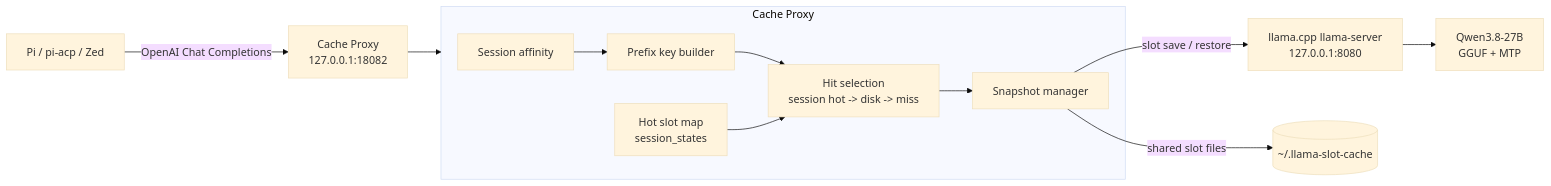
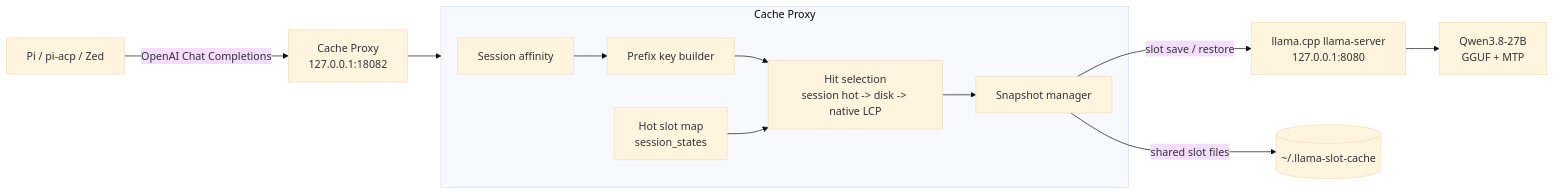
The first of 8 diagrams in DESIGN.md (xqliu/local-llm-kv-cache), drawn with Mermaid (base theme) before and after one commit. The commit also changed other lines of this file and 5 other files, not shown here.

```diff
--- a/DESIGN.md
+++ b/DESIGN.md
@@ -24,20 +28,20 @@
 ~~~mermaid
 flowchart LR
     C["Pi / pi-acp / Zed"] -->|OpenAI Chat Completions| P["Cache Proxy<br/>127.0.0.1:18082"]
 
     subgraph CACHE["Cache Proxy"]
         A["Session affinity"]
         K["Prefix key builder"]
         H["Hot slot map<br/>session_states"]
-        R["Hit selection<br/>session hot -> disk -> miss"]
+        R["Hit selection<br/>session hot -> disk -> native LCP"]
         S["Snapshot manager"]
         A --> K --> R
         H --> R
         R --> S
     end
 
     P --> CACHE
     S -->|slot save / restore| L["llama.cpp llama-server<br/>127.0.0.1:8080"]
     S -->|shared slot files| D[("~/.llama-slot-cache")]
     L --> G["Qwen3.8-27B<br/>GGUF + MTP"]
 ~~~
```
